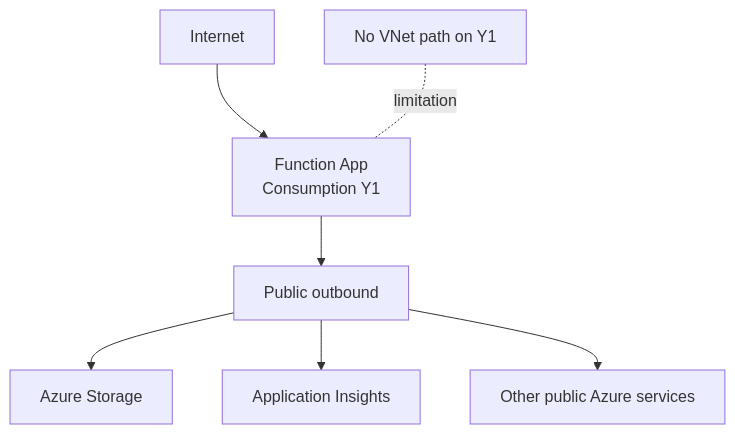
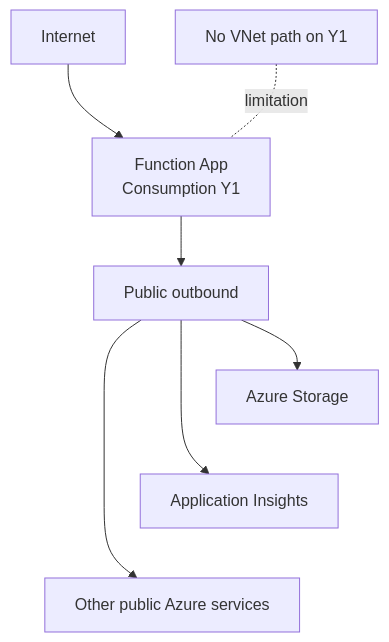
One commit to yeongseon/azure-functions-practical-guide changed the second of 2 diagrams in docs/language-guides/python/tutorial/consumption/02-first-deploy.md. Above: the diagram before and after it, drawn with Mermaid. The commit also changed other lines of this file and 4 other files, not shown here.

First line of the commit message:
docs(diagrams): clarify Python first-deploy topology and verification figures (#542)

````diff
--- a/docs/language-guides/python/tutorial/consumption/02-first-deploy.md
+++ b/docs/language-guides/python/tutorial/consumption/02-first-deploy.md
@@ -219,9 +236,14 @@
 ```mermaid
 flowchart TD
+    accTitle: Consumption public outbound capability map
+    accDescr: Internet to the Y1 app, with public outbound paths to Storage, Application Insights and other public Azure services. This is a capability map, not a verification trace; the health request alone does not test those outbound paths. Y1 has no VNet integration path.
     A[Internet] --> B["Function App<br/>Consumption Y1"]
     B --> C[Public outbound]
     C --> D[Azure Storage]
     C --> E[Application Insights]
     C --> F[Other public Azure services]
     G[No VNet path on Y1] -. limitation .- B
+    %% Layout-only tiers; add no requests or verification steps.
+    D ~~~ E
+    E ~~~ F
 ```
````
